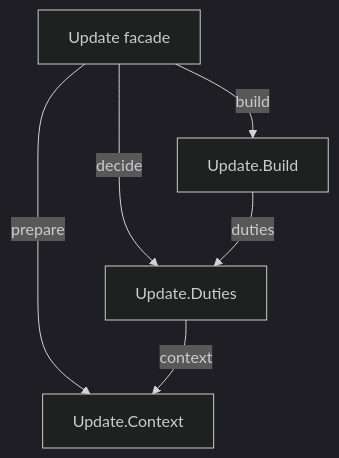
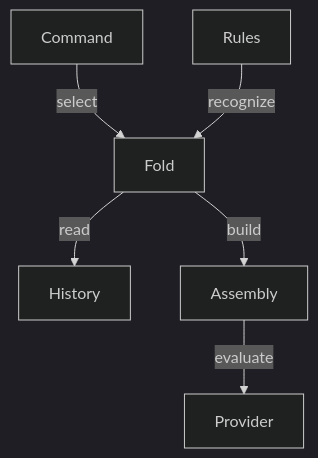
One commit to lambdasistemi/singular changed the diagram in docs/offchain-fold-responsibilities.md. Above: the diagram before and after it, drawn with Mermaid (dark theme). The commit also changed other lines of this file and 354 other files, not shown here.

````diff
--- a/docs/offchain-fold-responsibilities.md
+++ b/docs/offchain-fold-responsibilities.md
@@ -43,8 +10,8 @@
 ```mermaid
-flowchart TB
-    U[Update facade] -->|prepare| C[Update.Context]
-    U -->|decide| D[Update.Duties]
-    U -->|build| B[Update.Build]
-    B -->|duties| D
-    D -->|context| C
+flowchart TD
+    Command -->|select| Fold
+    Rules -->|recognize| Fold
+    Fold -->|read| History
+    Fold -->|build| Assembly
+    Assembly -->|evaluate| Provider
 ```
````
